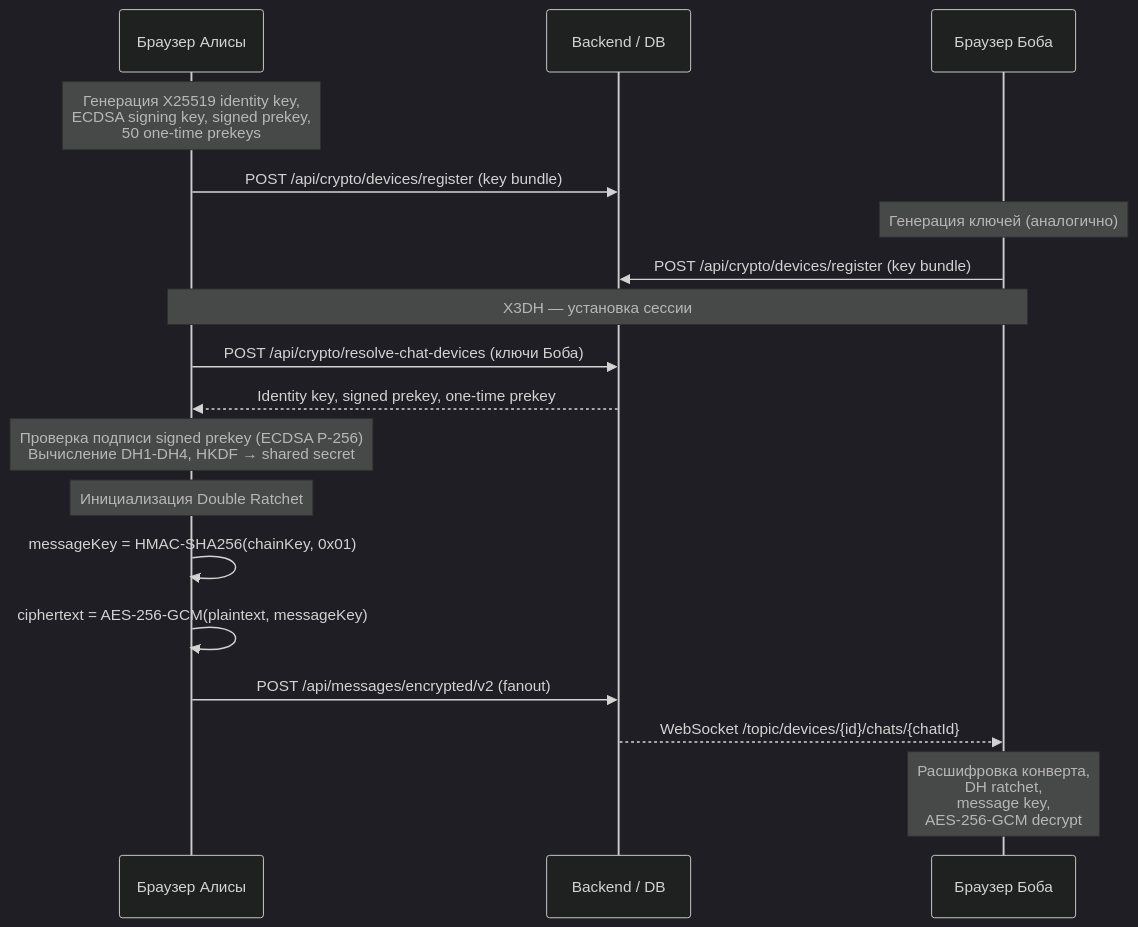
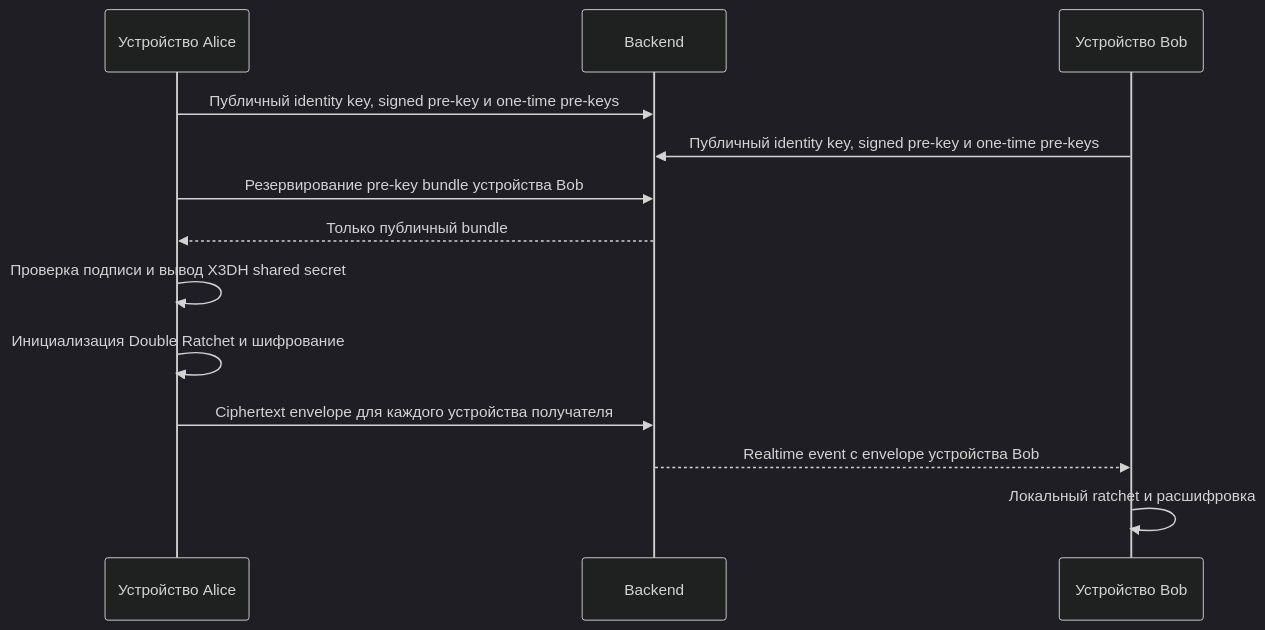
The first of 2 diagrams in README.ru.md (vaazhen/chaos-e2ee-messenger), drawn with Mermaid (dark theme) before and after one commit. The commit also changed other lines of this file and 101 other files, not shown here.

````diff
--- a/README.ru.md
+++ b/README.ru.md
@@ -246,25 +73,16 @@
 ```mermaid
 sequenceDiagram
-    participant Alice as Браузер Алисы
-    participant Server as Backend / DB
-    participant Bob as Браузер Боба
+    participant A as Устройство Alice
+    participant S as Backend
+    participant B as Устройство Bob
 
-    Note over Alice: Генерация X25519 identity key,<br/>ECDSA signing key, signed prekey,<br/>50 one-time prekeys
-    Alice->>Server: POST /api/crypto/devices/register (key bundle)
-    
-    Note over Bob: Генерация ключей (аналогично)
-    Bob->>Server: POST /api/crypto/devices/register (key bundle)
-
-    Note over Alice,Bob: X3DH — установка сессии
-    Alice->>Server: POST /api/crypto/resolve-chat-devices (ключи Боба)
-    Server-->>Alice: Identity key, signed prekey, one-time prekey
-    Note over Alice: Проверка подписи signed prekey (ECDSA P-256)<br/>Вычисление DH1-DH4, HKDF → shared secret
-    
-    Note over Alice: Инициализация Double Ratchet
-    Alice->>Alice: messageKey = HMAC-SHA256(chainKey, 0x01)
-    Alice->>Alice: ciphertext = AES-256-GCM(plaintext, messageKey)
-
-    Alice->>Server: POST /api/messages/encrypted/v2 (fanout)
-    Server-->>Bob: WebSocket /topic/devices/{id}/chats/{chatId}
-    Note over Bob: Расшифровка конверта,<br/>DH ratchet,<br/>message key,<br/>AES-256-GCM decrypt
+    A->>S: Публичный identity key, signed pre-key и one-time pre-keys
+    B->>S: Публичный identity key, signed pre-key и one-time pre-keys
+    A->>S: Резервирование pre-key bundle устройства Bob
+    S-->>A: Только публичный bundle
+    A->>A: Проверка подписи и вывод X3DH shared secret
+    A->>A: Инициализация Double Ratchet и шифрование
+    A->>S: Ciphertext envelope для каждого устройства получателя
+    S-->>B: Realtime event с envelope устройства Bob
+    B->>B: Локальный ratchet и расшифровка
 ```
````
